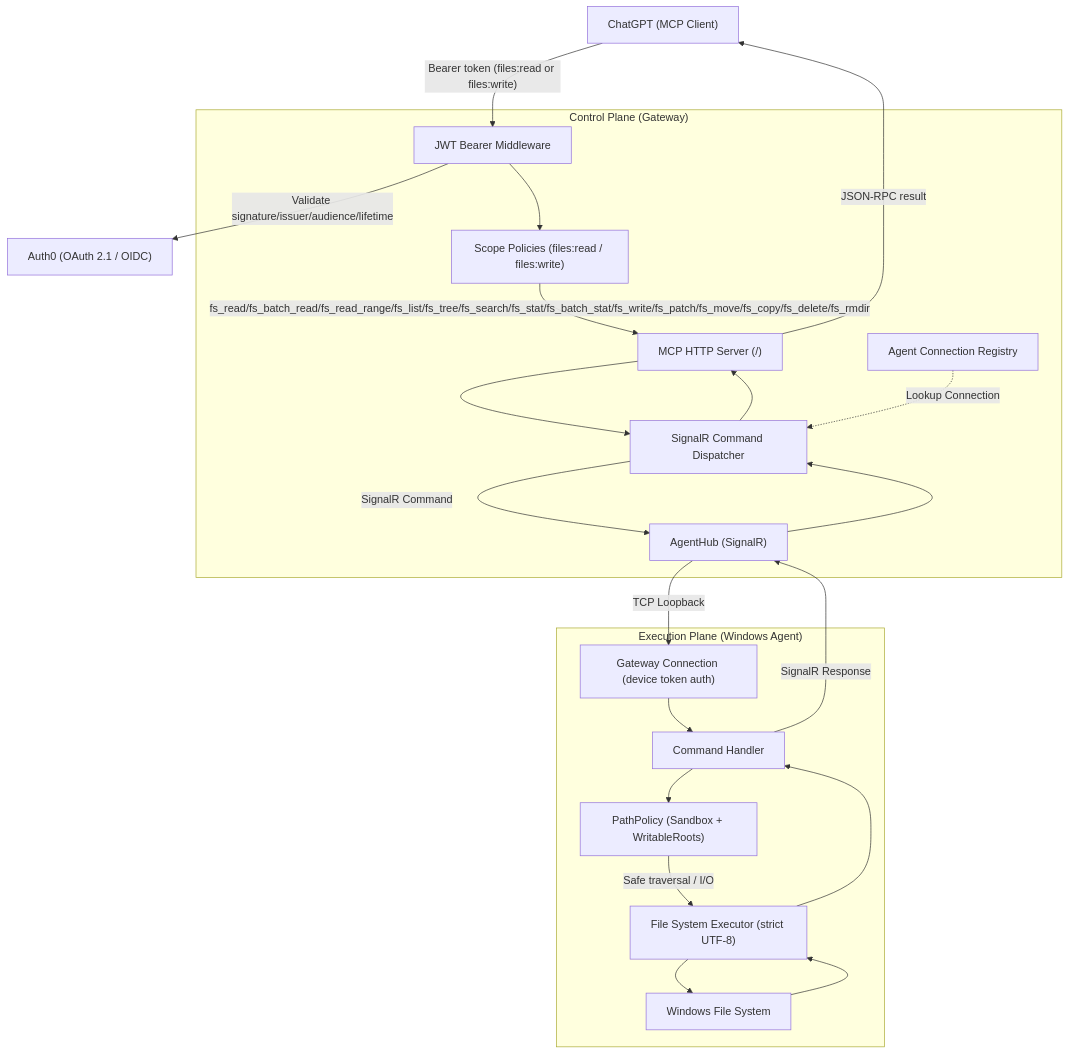
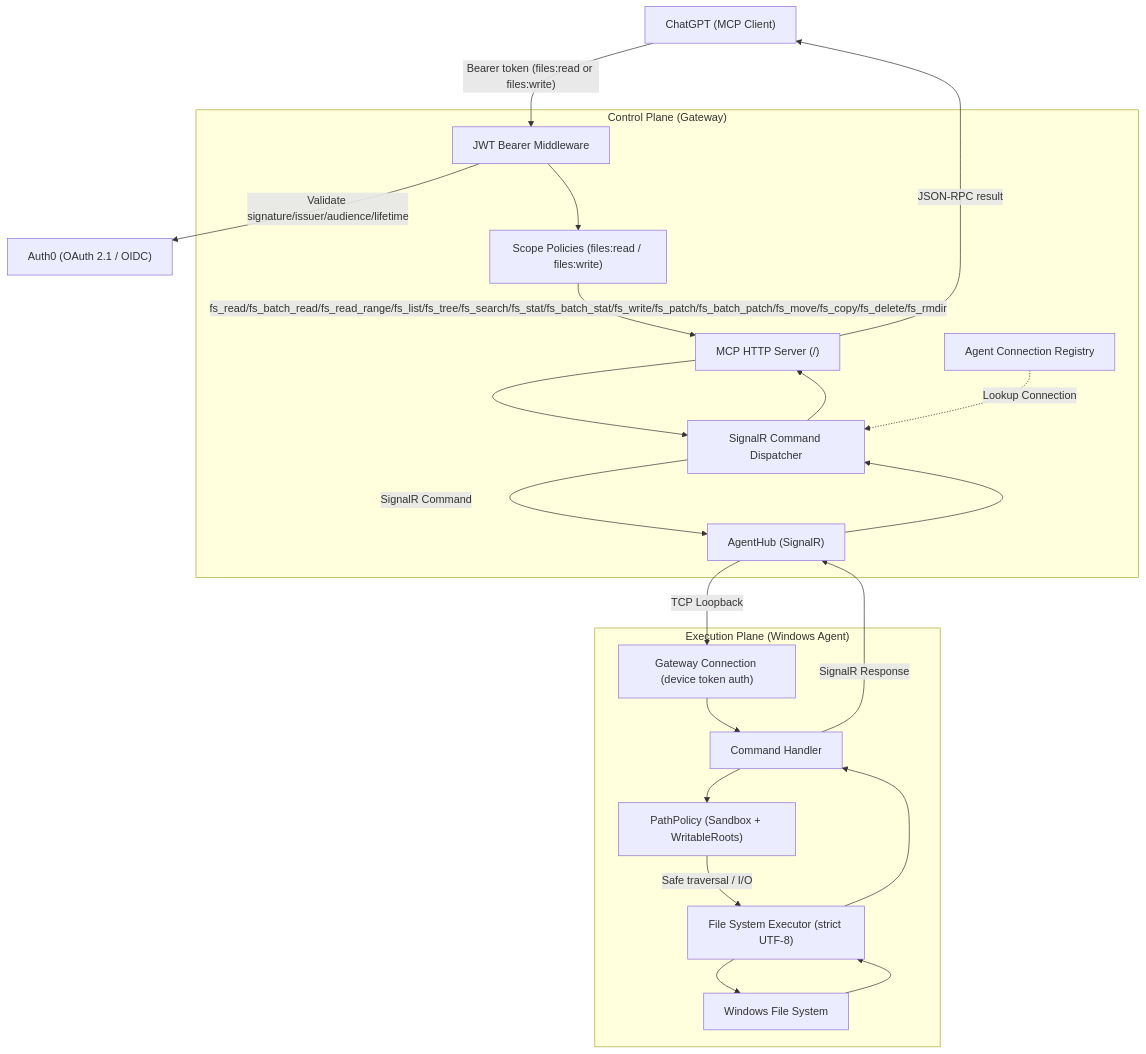
The diagram in README.md (thanhdiner/Agent-Bridge), drawn with Mermaid before and after one commit. The commit also changed other lines of this file and 13 other files, not shown here.

Commit message:
feat: add fs_batch_patch and local root tooling

````diff
--- a/README.md
+++ b/README.md
@@ -9,41 +9,41 @@
 ```mermaid
 graph TD
     Client["ChatGPT (MCP Client)"]
     Auth0["Auth0 (OAuth 2.1 / OIDC)"]
 
     subgraph ControlPlane["Control Plane (Gateway)"]
         McpServer["MCP HTTP Server (/)"]
         Registry["Agent Connection Registry"]
         Dispatcher["SignalR Command Dispatcher"]
         Hub["AgentHub (SignalR)"]
         JwtMiddleware["JWT Bearer Middleware"]
         ScopePolicies["Scope Policies (files:read / files:write)"]
     end
 
     subgraph ExecutionPlane["Execution Plane (Windows Agent)"]
         Conn["Gateway Connection (device token auth)"]
         Handler["Command Handler"]
         Sandbox["PathPolicy (Sandbox + WritableRoots)"]
         Executor["File System Executor (strict UTF-8)"]
         Disk["Windows File System"]
     end
 
     Client -->|"Bearer token (files:read or files:write)"| JwtMiddleware
     JwtMiddleware -->|Validate signature/issuer/audience/lifetime| Auth0
     JwtMiddleware --> ScopePolicies
-    ScopePolicies -->|fs_read/fs_batch_read/fs_read_range/fs_list/fs_tree/fs_search/fs_stat/fs_batch_stat/fs_write/fs_patch/fs_move/fs_copy/fs_delete/fs_rmdir| McpServer
+    ScopePolicies -->|fs_read/fs_batch_read/fs_read_range/fs_list/fs_tree/fs_search/fs_stat/fs_batch_stat/fs_write/fs_patch/fs_batch_patch/fs_move/fs_copy/fs_delete/fs_rmdir| McpServer
     McpServer --> Dispatcher
     Registry -.->|Lookup Connection| Dispatcher
     Dispatcher -->|SignalR Command| Hub
     Hub -->|TCP Loopback| Conn
     Conn --> Handler
     Handler --> Sandbox
     Sandbox -->|Safe traversal / I/O| Executor
     Executor --> Disk
     Disk --> Executor
     Executor --> Handler
     Handler -->|SignalR Response| Hub
     Hub --> Dispatcher
     Dispatcher --> McpServer
     McpServer -->|JSON-RPC result| Client
 ```
````
